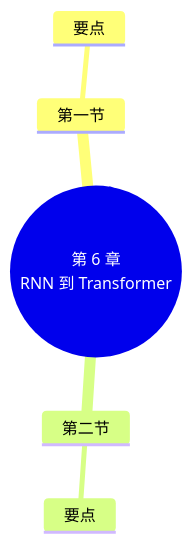
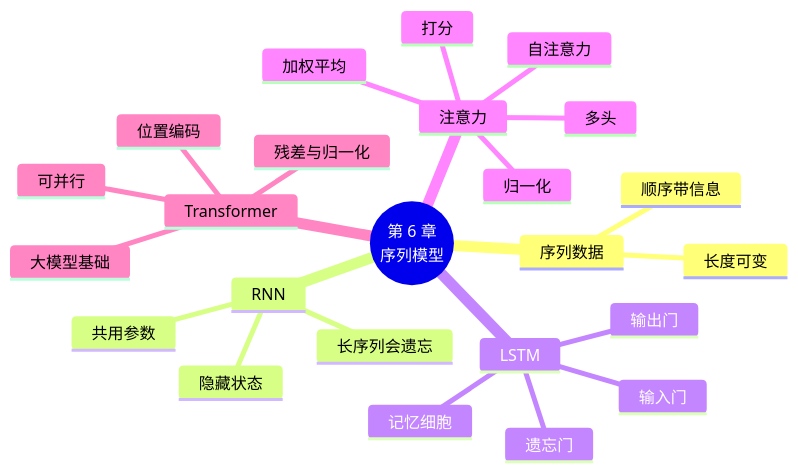
One commit to MingziFu9/dl-textbook changed the third of 3 diagrams in docs/chapters/06-sequence/index.md. Above: the diagram before and after it, drawn with Mermaid. The commit also changed other lines of this file and 6 other files, not shown here.

````diff
--- a/docs/chapters/06-sequence/index.md
+++ b/docs/chapters/06-sequence/index.md
@@ -188,8 +578,27 @@
 ```mermaid
 mindmap
-  root((第 6 章<br/>RNN 到 Transformer))
-    第一节
-      要点
-    第二节
-      要点
+  root((第 6 章<br/>序列模型))
+    序列数据
+      顺序带信息
+      长度可变
+    RNN
+      隐藏状态
+      共用参数
+      长序列会遗忘
+    LSTM
+      记忆细胞
+      遗忘门
+      输入门
+      输出门
+    注意力
+      打分
+      归一化
+      加权平均
+      自注意力
+      多头
+    Transformer
+      位置编码
+      残差与归一化
+      可并行
+      大模型基础
 ```
````
